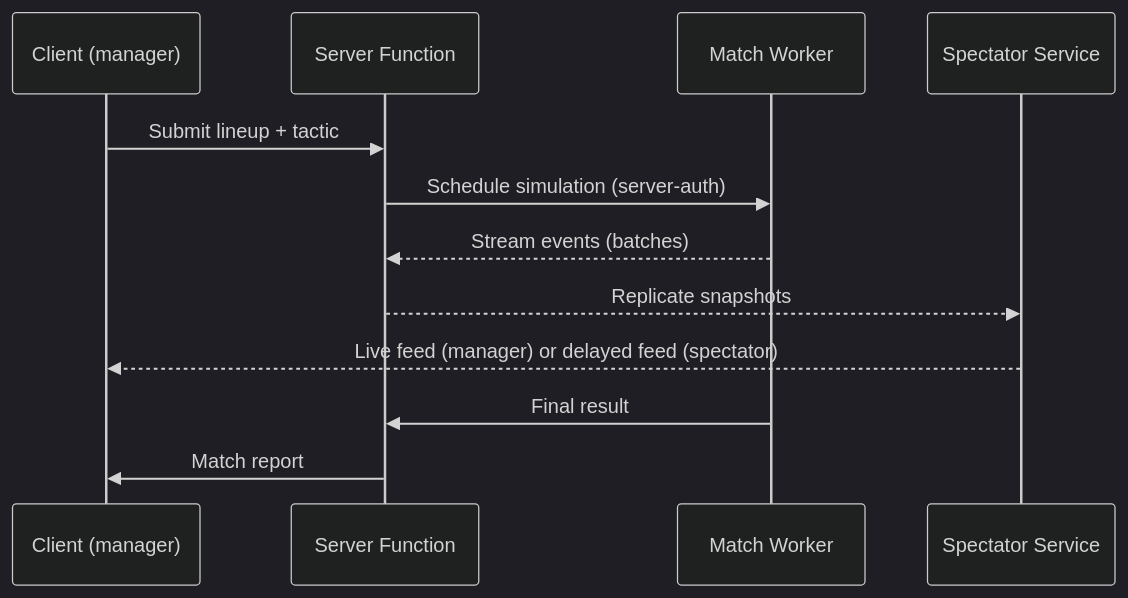
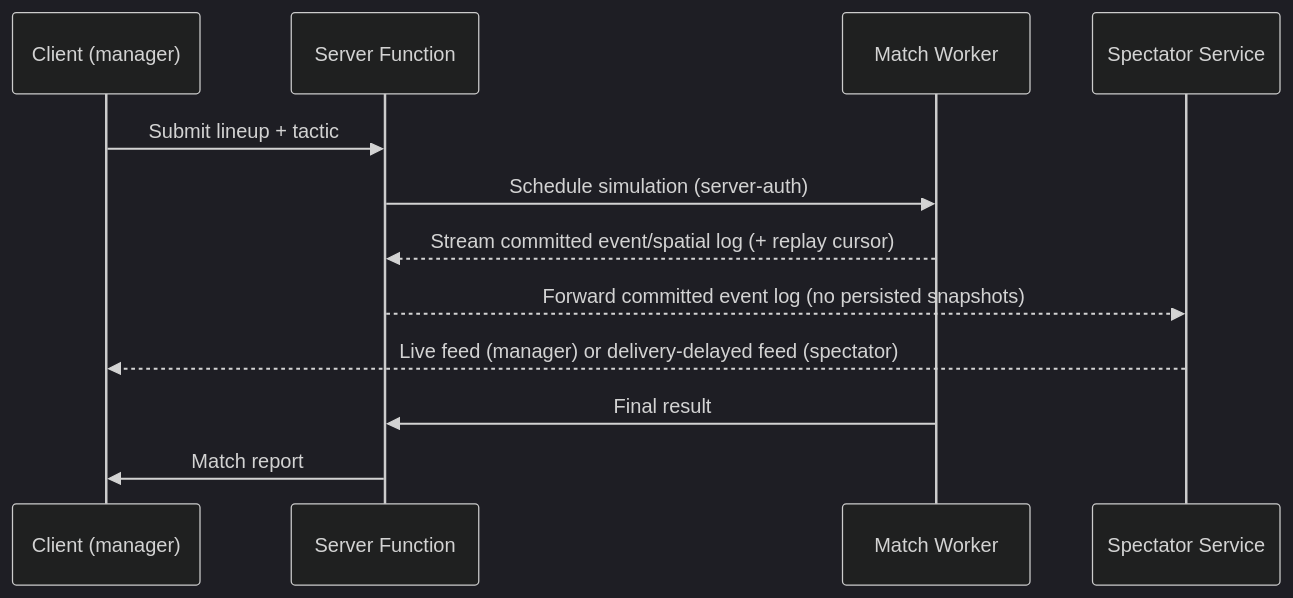
One commit to EtroxTaran/klubhaus-elf changed the second of 3 diagrams in docs/10-Architecture/06-Runtime.md. Above: the diagram before and after it, drawn with Mermaid (dark theme). The commit also changed other lines of this file and 4 other files, not shown here.

````diff
--- a/docs/10-Architecture/06-Runtime.md
+++ b/docs/10-Architecture/06-Runtime.md
@@ -48,14 +66,14 @@
 ```mermaid
 sequenceDiagram
     participant U as Client (manager)
     participant SF as Server Function
     participant Worker as Match Worker
     participant SP as Spectator Service
     U->>SF: Submit lineup + tactic
     SF->>Worker: Schedule simulation (server-auth)
-    Worker-->>SF: Stream events (batches)
-    SF-->>SP: Replicate snapshots
-    SP-->>U: Live feed (manager) or delayed feed (spectator)
+    Worker-->>SF: Stream committed event/spatial log (+ replay cursor)
+    SF-->>SP: Forward committed event log (no persisted snapshots)
+    SP-->>U: Live feed (manager) or delivery-delayed feed (spectator)
     Worker->>SF: Final result
     SF->>U: Match report
 ```
````
